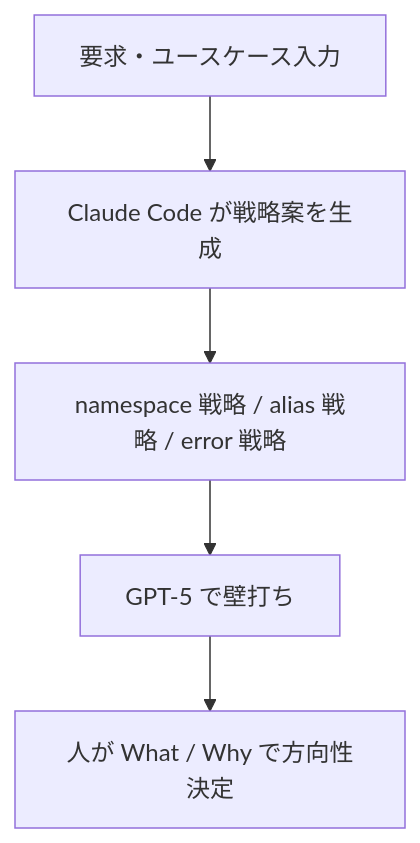
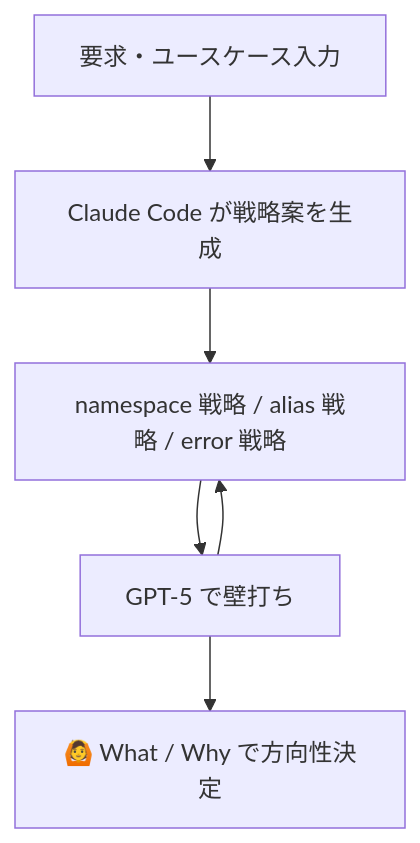
The first of 3 diagrams in articles/hatago-with-ai-dlc.md (himorishige/zenn-contents), drawn with Mermaid before and after one commit. The commit also changed other lines of this file and 1 other file, not shown here.

````diff
--- a/articles/hatago-with-ai-dlc.md
+++ b/articles/hatago-with-ai-dlc.md
@@ -49,7 +49,8 @@
 ```mermaid
 flowchart TD
   A[要求・ユースケース入力] --> B[Claude Code が戦略案を生成]
   B --> C[namespace 戦略 / alias 戦略 / error 戦略]
   C --> D[GPT-5 で壁打ち]
-  D --> E[人が What / Why で方向性決定]
+  D --> C
+  D --> E[🙆 What / Why で方向性決定]
 ```
````
